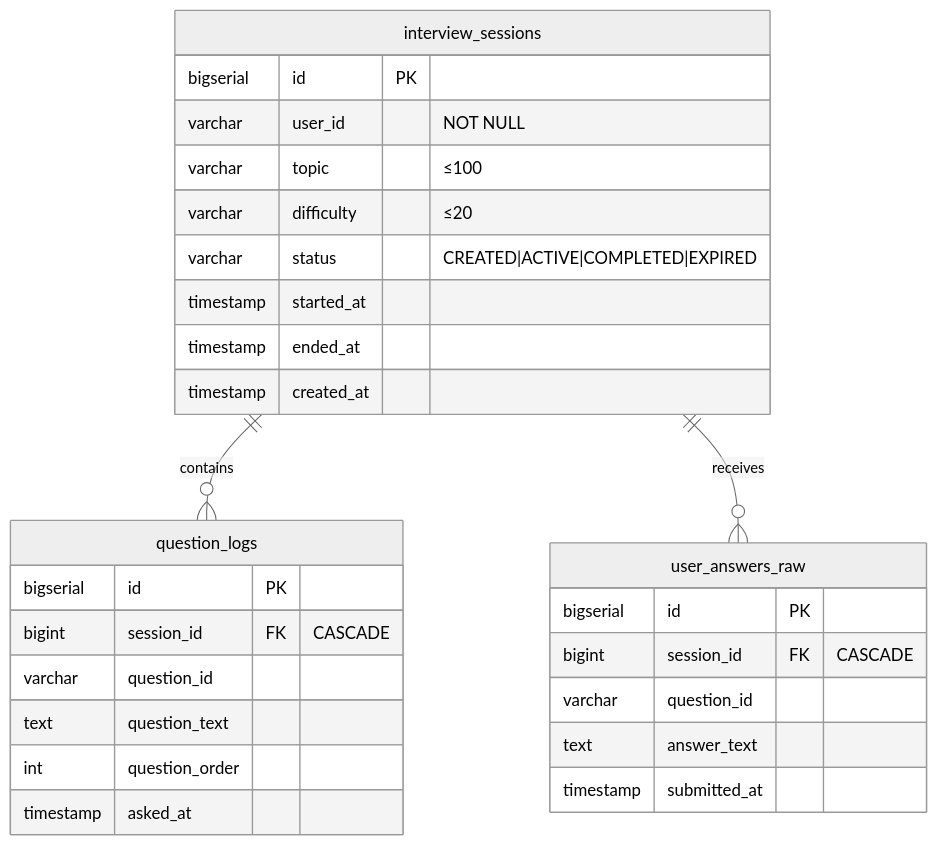
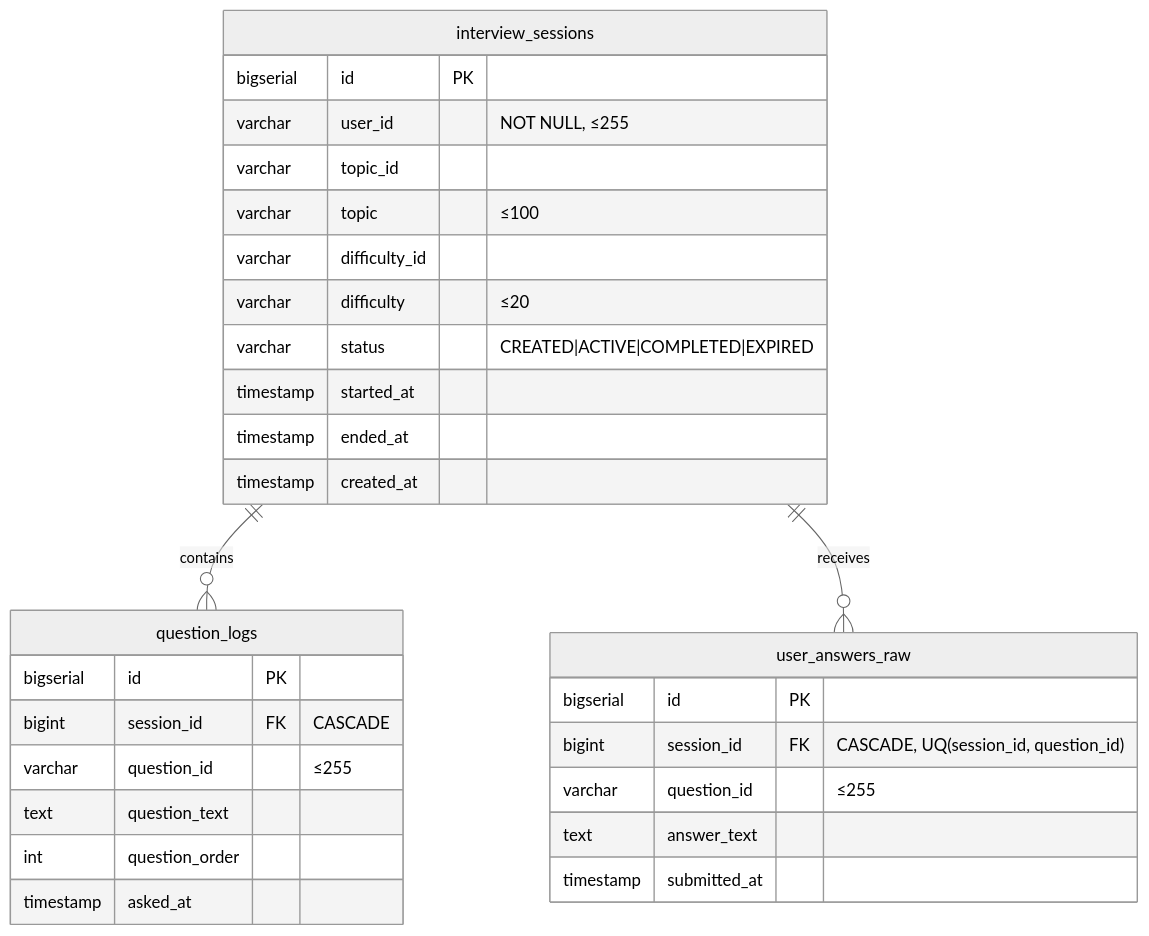
Before and after one commit to ngohoangg/intelli-hire: the first of 4 diagrams in docs/services/interview-service.md, drawn with Mermaid (neutral theme). The commit also changed other lines of this file and 19 other files, not shown here.

````diff
--- a/docs/services/interview-service.md
+++ b/docs/services/interview-service.md
@@ -23,31 +24,33 @@
 ```mermaid
 erDiagram
     interview_sessions ||--o{ question_logs : contains
     interview_sessions ||--o{ user_answers_raw : receives
 
     interview_sessions {
         bigserial id PK
-        varchar user_id "NOT NULL"
+        varchar user_id "NOT NULL, ≤255"
+        varchar topic_id
         varchar topic "≤100"
+        varchar difficulty_id
         varchar difficulty "≤20"
         varchar status "CREATED|ACTIVE|COMPLETED|EXPIRED"
         timestamp started_at
         timestamp ended_at
         timestamp created_at
     }
     question_logs {
         bigserial id PK
         bigint session_id FK "CASCADE"
-        varchar question_id
+        varchar question_id "≤255"
         text question_text
         int question_order
         timestamp asked_at
     }
     user_answers_raw {
         bigserial id PK
-        bigint session_id FK "CASCADE"
-        varchar question_id
+        bigint session_id FK "CASCADE, UQ(session_id, question_id)"
+        varchar question_id "≤255"
         text answer_text
         timestamp submitted_at
     }
 ```
````
